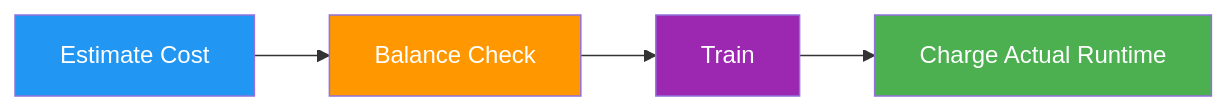
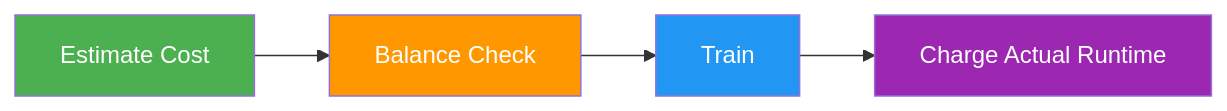
The third of 3 diagrams in docs/en/platform/train/cloud-training.md (Dadalia1917/Yolo-RT-DETR-TrainCode), drawn with Mermaid before and after one commit. The commit also changed other lines of this file and 767 other files, not shown here.

````diff
--- a/docs/en/platform/train/cloud-training.md
+++ b/docs/en/platform/train/cloud-training.md
@@ -309,11 +309,11 @@
 ```mermaid
 graph LR
-    A[Estimate Cost] --> B[Balance Check]
-    B --> C[Train]
-    C --> D[Charge Actual Runtime]
+    A[Estimate Cost]:::start --> B[Balance Check]:::decide
+    B --> C[Train]:::proc
+    C --> D[Charge Actual Runtime]:::out
 
-    style A fill:#2196F3,color:#fff
-    style B fill:#FF9800,color:#fff
-    style C fill:#9C27B0,color:#fff
-    style D fill:#4CAF50,color:#fff
+    classDef start fill:#4CAF50,color:#fff
+    classDef proc fill:#2196F3,color:#fff
+    classDef decide fill:#FF9800,color:#fff
+    classDef out fill:#9C27B0,color:#fff
 ```
````
